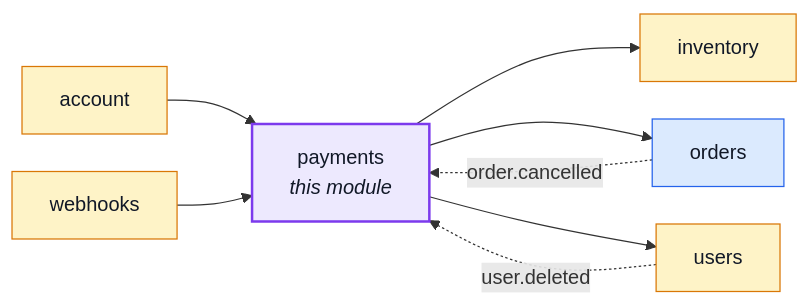
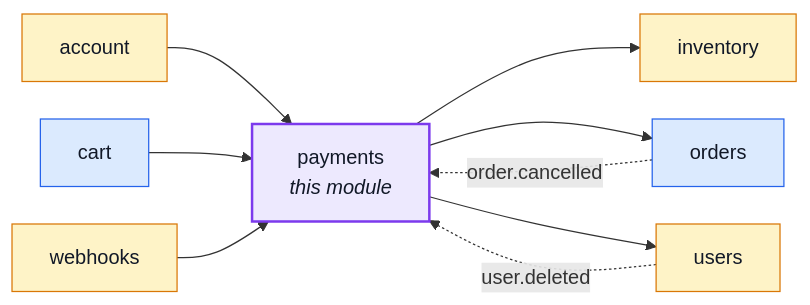
One commit to Guebbit/boilerplate-node-backend changed the first of 5 diagrams in docs/modules/payments.md. Above: the diagram before and after it, drawn with Mermaid. The commit also changed other lines of this file and 51 other files, not shown here.

````diff
--- a/docs/modules/payments.md
+++ b/docs/modules/payments.md
@@ -16,26 +16,28 @@
 ```mermaid
 %%{init: {'flowchart': {'nodeSpacing': 30, 'rankSpacing': 60}}}%%
 flowchart LR
     payments["payments<br/><i>this module</i>"]
     account["account"]
+    cart["cart"]
     inventory["inventory"]
     orders["orders"]
     users["users"]
     webhooks["webhooks"]
 
     account --> payments
+    cart --> payments
     webhooks --> payments
     payments --> inventory
     payments --> orders
     payments --> users
     orders -. "order.cancelled" .-> payments
     users -. "user.deleted" .-> payments
 
     classDef core fill:#dbeafe,stroke:#2563eb,color:#111827;
     classDef supporting fill:#fef3c7,stroke:#d97706,color:#111827;
     classDef generic fill:#dcfce7,stroke:#16a34a,color:#111827;
     classDef centre fill:#ede9fe,stroke:#7c3aed,stroke-width:2px,color:#111827;
-    class orders core;
+    class cart,orders core;
     class account,inventory,users,webhooks supporting;
     class payments centre;
 ```
````
